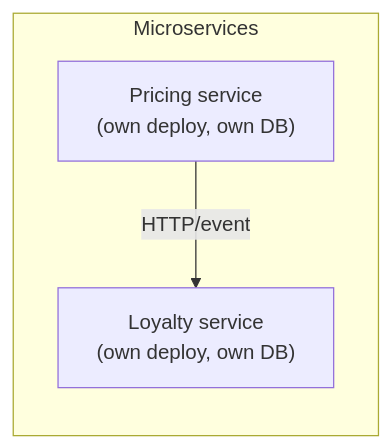
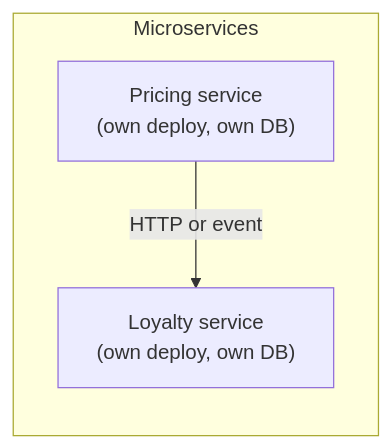
One commit to francoandreDev/knowledge changed the fourth of 8 diagrams in src/content/architecture/architecture-styles/L2-concept.mdx. Above: the diagram before and after it, drawn with Mermaid. The commit also changed other lines of this file and 16 other files, not shown here.

Commit message:
Migrate software-design closing units and architecture batch 1 (evolutionary-design, long-term-design-judgment, architecture-styles, domain-driven-design) to the three-tier exercise model

````diff
--- a/src/content/architecture/architecture-styles/L2-concept.mdx
+++ b/src/content/architecture/architecture-styles/L2-concept.mdx
@@ -61,7 +64,7 @@
 ```mermaid
 flowchart LR
     subgraph Micro["Microservices"]
         direction TB
-        PS["Pricing service\n(own deploy, own DB)"] -->|HTTP/event| LS["Loyalty service\n(own deploy, own DB)"]
+        PS["Pricing service\n(own deploy, own DB)"] -->|HTTP or event| LS["Loyalty service\n(own deploy, own DB)"]
     end
 ```
````
